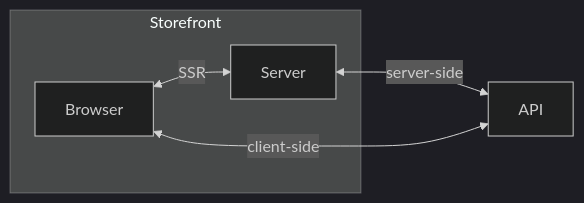
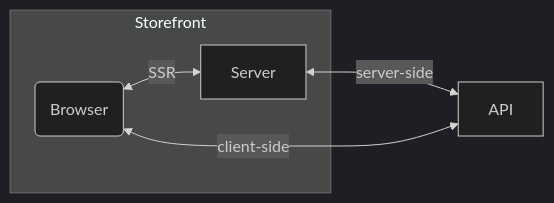
One commit to mateuszo/mermaid-viewer changed the diagram in charts/strategies.mmd. Above: the diagram before and after it, drawn with Mermaid (dark theme). The commit also changed 3 other files, not shown here.

Commit message:
update diagrams

```diff
--- a/charts/strategies.mmd
+++ b/charts/strategies.mmd
@@ -1,9 +1,9 @@
 graph LR
     subgraph s1["Storefront"]
-         Browser["Browser"]
+         Browser("Browser")
          Server["Server"]
     end
 
     Browser <-->|SSR| Server
     Server <-->|server-side| API
     Browser <-->|client-side| API
```
